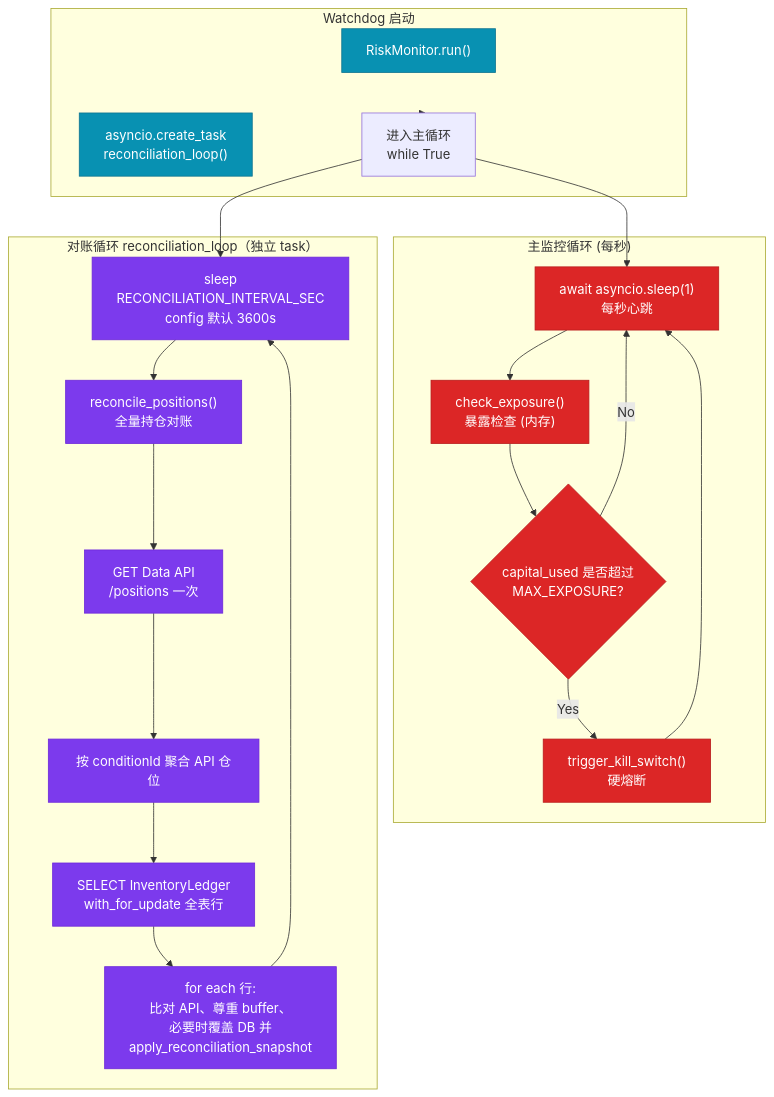
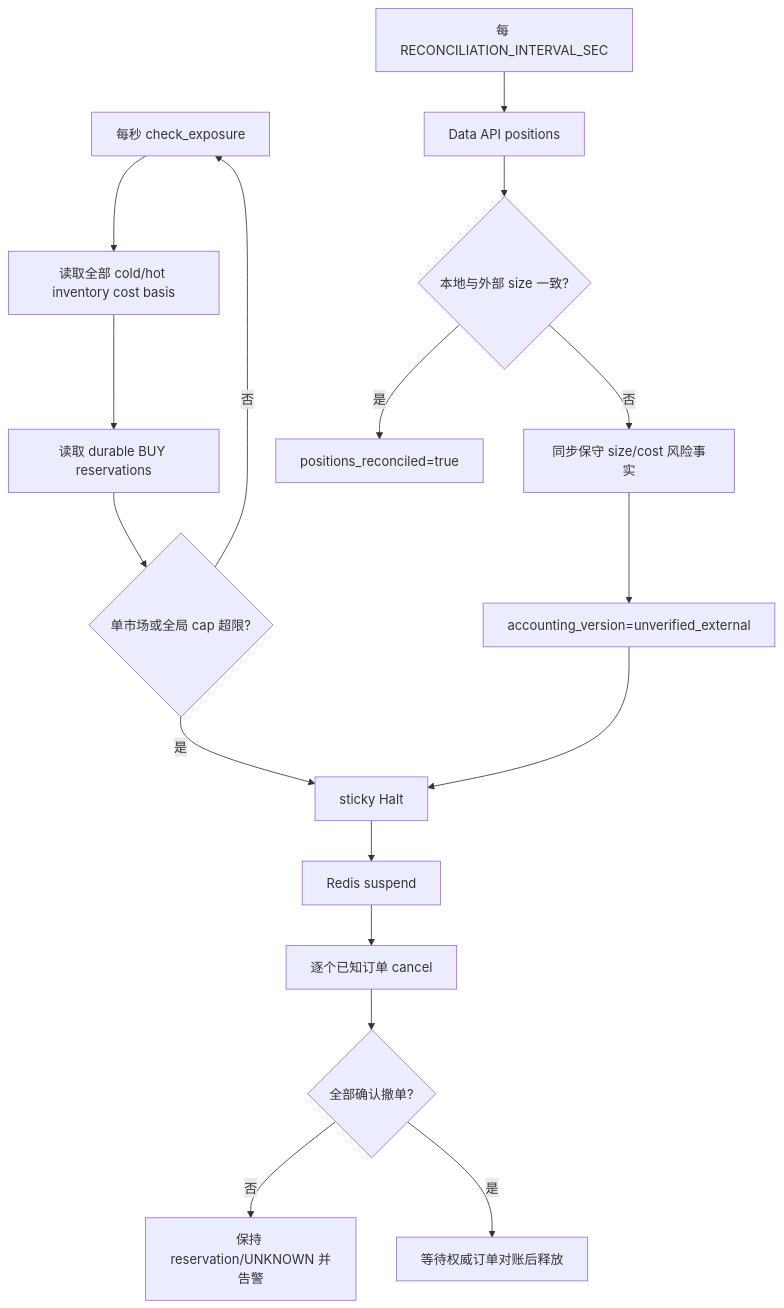
The diagram in spec/architecture_diagrams/08_watchdog_mechanism.md (liu-kaining/PolyMatrixEngine), drawn with Mermaid before and after one commit. The commit also changed other lines of this file and 89 other files, not shown here.

````diff
--- a/spec/architecture_diagrams/08_watchdog_mechanism.md
+++ b/spec/architecture_diagrams/08_watchdog_mechanism.md
@@ -3,54 +5,20 @@
 ```mermaid
-%%{init: {'theme': 'base', 'themeVariables': {
-  'primaryColor': '#1e3a5f',
-  'primaryTextColor': '#ffffff',
-  'primaryBorderColor': '#334155',
-  'lineColor': '#64748b'
-}}%%
 flowchart TB
-    subgraph Init["Watchdog 启动"]
-        A["RiskMonitor.run()"]
-        B["asyncio.create_task<br/>reconciliation_loop()"]
-        C["进入主循环<br/>while True"]
-    end
+    A["每秒 check_exposure"] --> B["读取全部 cold/hot inventory cost basis"]
+    B --> C["读取 durable BUY reservations"]
+    C --> D{"单市场或全局 cap 超限?"}
+    D -->|"否"| A
+    D -->|"是"| E["sticky Halt"]
+    E --> F["Redis suspend"]
+    F --> G["逐个已知订单 cancel"]
+    G --> H{"全部确认撤单?"}
+    H -->|"否"| I["保持 reservation/UNKNOWN 并告警"]
+    H -->|"是"| J["等待权威订单对账后释放"]
 
-    subgraph MainLoop["主监控循环 (每秒)"]
-        D["await asyncio.sleep(1)<br/>每秒心跳"]
-        E["check_exposure()<br/>暴露检查 (内存)"]
-        F{"capital_used 是否超过<br/>MAX_EXPOSURE?"}
-        G["trigger_kill_switch()<br/>硬熔断"]
-    end
-
-    subgraph Reconcile["对账循环 reconciliation_loop（独立 task）"]
-        H["sleep<br/>RECONCILIATION_INTERVAL_SEC<br/>config 默认 3600s"]
-        I["reconcile_positions()<br/>全量持仓对账"]
-        L["GET Data API<br/>/positions 一次"]
-        M["按 conditionId 聚合 API 仓位"]
-        N["SELECT InventoryLedger<br/>with_for_update 全表行"]
-        O["for each 行:<br/>比对 API、尊重 buffer、<br/>必要时覆盖 DB 并<br/>apply_reconciliation_snapshot"]
-    end
-
-    Init --> C
-    C --> D
-    D --> E
-    E --> F
-    F -->|Yes| G
-    F -->|No| D
-    G --> D
-
-    C --> H
-    H --> I
-    I --> L
-    L --> M
-    M --> N
-    N --> O
-    O --> H
-
-    classDef init fill:#0891b2,stroke:#0e7490,color:#fff
-    classDef main fill:#dc2626,stroke:#b91c1c,color:#fff
-    classDef reconcile fill:#7c3aed,stroke:#6d28d9,color:#fff
-
-    class A,B init
-    class D,E,F,G main
-    class H,I,L,M,N,O reconcile
+    K["每 RECONCILIATION_INTERVAL_SEC"] --> L["Data API positions"]
+    L --> M{"本地与外部 size 一致?"}
+    M -->|"是"| N["positions_reconciled=true"]
+    M -->|"否"| O["同步保守 size/cost 风险事实"]
+    O --> P["accounting_version=unverified_external"]
+    P --> E
 ```
````
